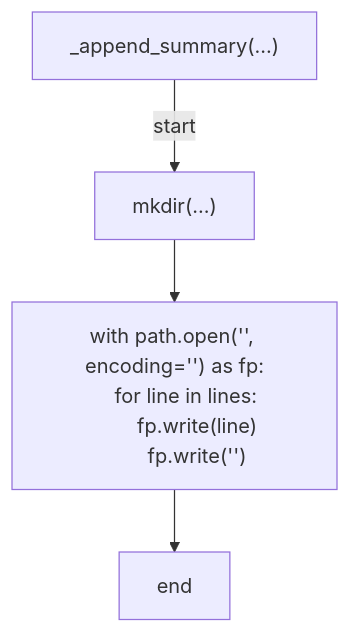
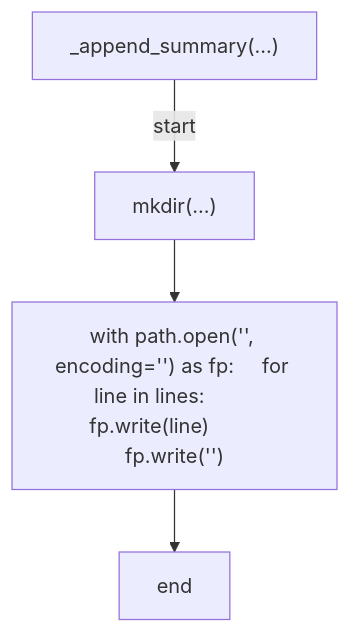
Before and after one commit to tvna/claude-md: diagram 25 of 37 in docs/generated/scripts/ast/rulesets_apply.md, drawn with Mermaid. The commit also changed other lines of this file and 29 other files, not shown here.

First line of the commit message:
docs(generated): regenerate decision tree and workflow diagrams (batch 3/5)

````diff
--- a/docs/generated/scripts/ast/rulesets_apply.md
+++ b/docs/generated/scripts/ast/rulesets_apply.md
@@ -478,13 +445,10 @@
 ```mermaid
 flowchart TD
     N001["_append_summary(...)"]
     N002["mkdir(...)"]
-    N003["with path.open('<str>', encoding='<str>') as fp:
-    for line in lines:
-        fp.write(line)
-        fp.write('<str>')"]
+    N003["with path.open('<str>', encoding='<str>') as fp:     for line in lines:         fp.write(line)         fp.write('<str>')"]
     N004["end"]
     N001 -->|"start"| N002
     N002 --> N003
     N003 --> N004
 ```
````
